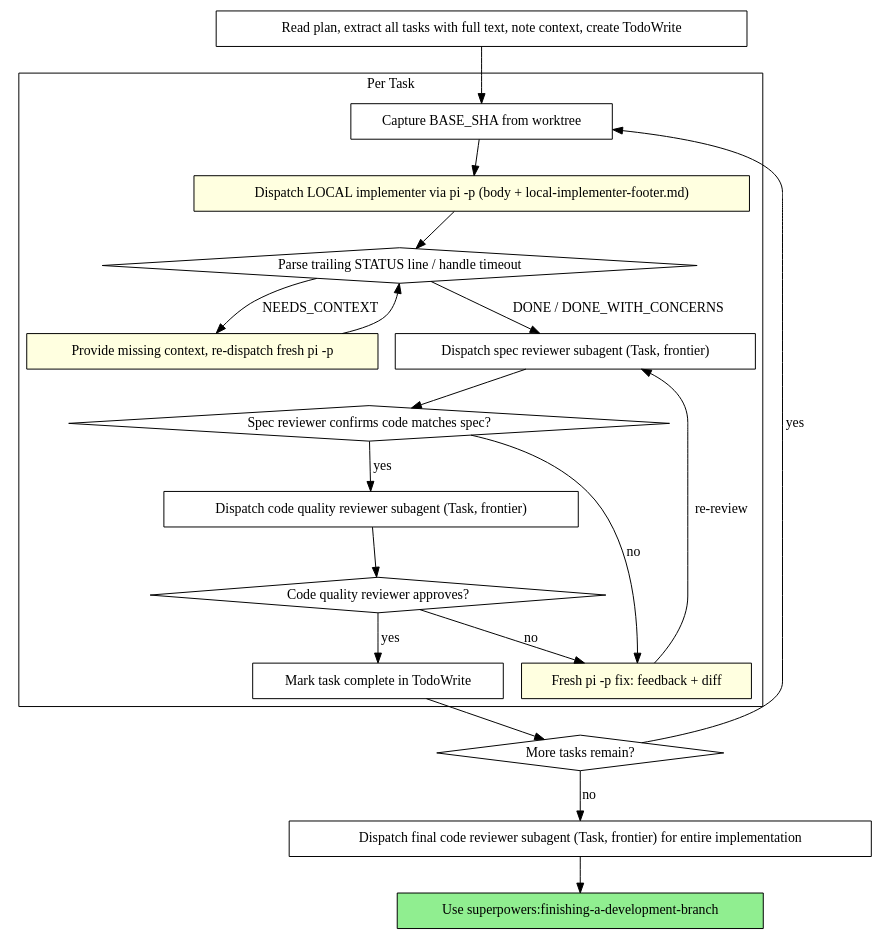
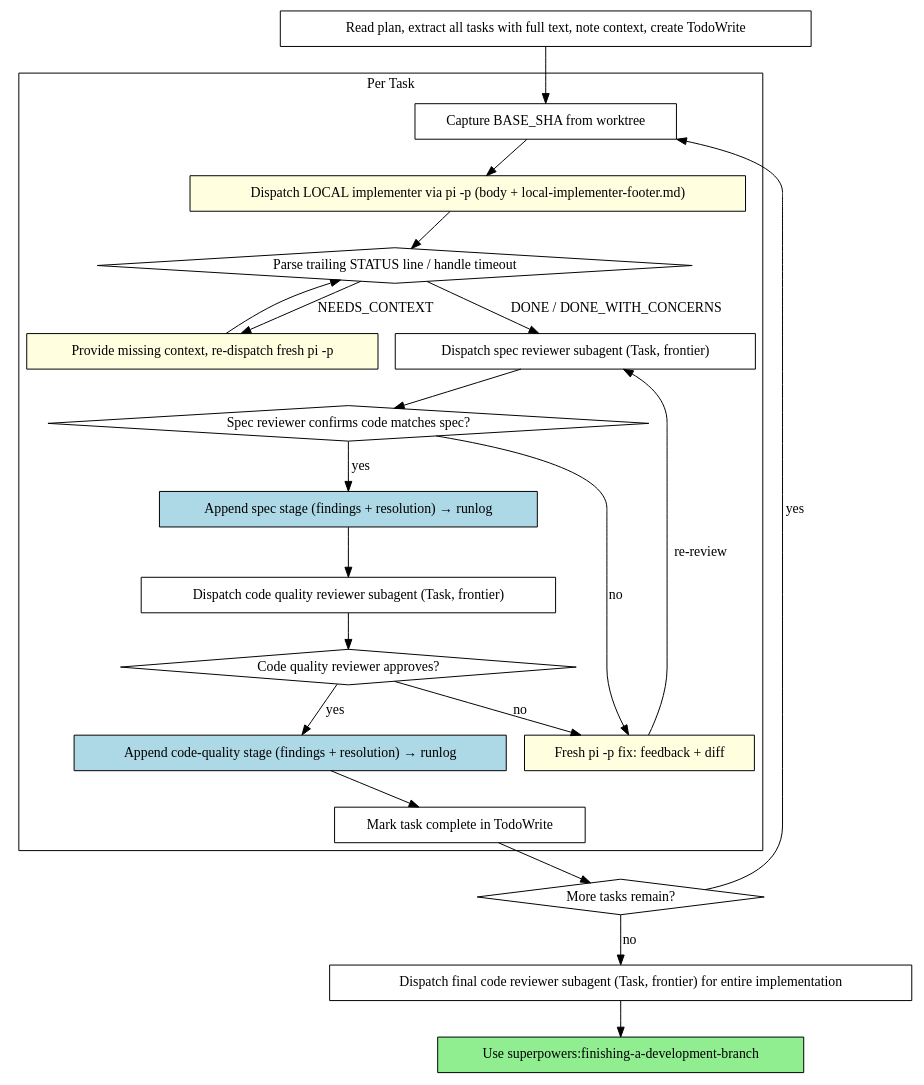
Before and after one commit to GeorgeLautenschlager/steward: the diagram in skills/steward-local-sdd/SKILL.md, drawn with Graphviz. The commit also changed other lines of this file and 1 other file, not shown here.

First line of the commit message:
Extend local-SDD dispatch: payload + runlog capture (issue #6)

````diff
--- a/skills/steward-local-sdd/SKILL.md
+++ b/skills/steward-local-sdd/SKILL.md
@@ -40,42 +44,46 @@
 ```dot
 digraph process {
     rankdir=TB;
 
     subgraph cluster_per_task {
         label="Per Task";
         "Capture BASE_SHA from worktree" [shape=box];
         "Dispatch LOCAL implementer via pi -p (body + local-implementer-footer.md)" [shape=box style=filled fillcolor=lightyellow];
         "Parse trailing STATUS line / handle timeout" [shape=diamond];
         "Provide missing context, re-dispatch fresh pi -p" [shape=box style=filled fillcolor=lightyellow];
         "Dispatch spec reviewer subagent (Task, frontier)" [shape=box];
         "Spec reviewer confirms code matches spec?" [shape=diamond];
+        "Append spec stage (findings + resolution) → runlog" [shape=box style=filled fillcolor=lightblue];
         "Fresh pi -p fix: feedback + diff" [shape=box style=filled fillcolor=lightyellow];
         "Dispatch code quality reviewer subagent (Task, frontier)" [shape=box];
         "Code quality reviewer approves?" [shape=diamond];
+        "Append code-quality stage (findings + resolution) → runlog" [shape=box style=filled fillcolor=lightblue];
         "Mark task complete in TodoWrite" [shape=box];
     }
 
     "Read plan, extract all tasks with full text, note context, create TodoWrite" [shape=box];
     "More tasks remain?" [shape=diamond];
     "Dispatch final code reviewer subagent (Task, frontier) for entire implementation" [shape=box];
     "Use superpowers:finishing-a-development-branch" [shape=box style=filled fillcolor=lightgreen];
 
     "Read plan, extract all tasks with full text, note context, create TodoWrite" -> "Capture BASE_SHA from worktree";
     "Capture BASE_SHA from worktree" -> "Dispatch LOCAL implementer via pi -p (body + local-implementer-footer.md)";
     "Dispatch LOCAL implementer via pi -p (body + local-implementer-footer.md)" -> "Parse trailing STATUS line / handle timeout";
     "Parse trailing STATUS line / handle timeout" -> "Provide missing context, re-dispatch fresh pi -p" [label="NEEDS_CONTEXT"];
     "Provide missing context, re-dispatch fresh pi -p" -> "Parse trailing STATUS line / handle timeout";
     "Parse trailing STATUS line / handle timeout" -> "Dispatch spec reviewer subagent (Task, frontier)" [label="DONE / DONE_WITH_CONCERNS"];
     "Dispatch spec reviewer subagent (Task, frontier)" -> "Spec reviewer confirms code matches spec?";
     "Spec reviewer confirms code matches spec?" -> "Fresh pi -p fix: feedback + diff" [label="no"];
     "Fresh pi -p fix: feedback + diff" -> "Dispatch spec reviewer subagent (Task, frontier)" [label="re-review"];
-    "Spec reviewer confirms code matches spec?" -> "Dispatch code quality reviewer subagent (Task, frontier)" [label="yes"];
+    "Spec reviewer confirms code matches spec?" -> "Append spec stage (findings + resolution) → runlog" [label="yes"];
+    "Append spec stage (findings + resolution) → runlog" -> "Dispatch code quality reviewer subagent (Task, frontier)";
     "Dispatch code quality reviewer subagent (Task, frontier)" -> "Code quality reviewer approves?";
     "Code quality reviewer approves?" -> "Fresh pi -p fix: feedback + diff" [label="no"];
-    "Code quality reviewer approves?" -> "Mark task complete in TodoWrite" [label="yes"];
+    "Code quality reviewer approves?" -> "Append code-quality stage (findings + resolution) → runlog" [label="yes"];
+    "Append code-quality stage (findings + resolution) → runlog" -> "Mark task complete in TodoWrite";
     "Mark task complete in TodoWrite" -> "More tasks remain?";
     "More tasks remain?" -> "Capture BASE_SHA from worktree" [label="yes"];
     "More tasks remain?" -> "Dispatch final code reviewer subagent (Task, frontier) for entire implementation" [label="no"];
     "Dispatch final code reviewer subagent (Task, frontier) for entire implementation" -> "Use superpowers:finishing-a-development-branch";
 }
 ```
````
